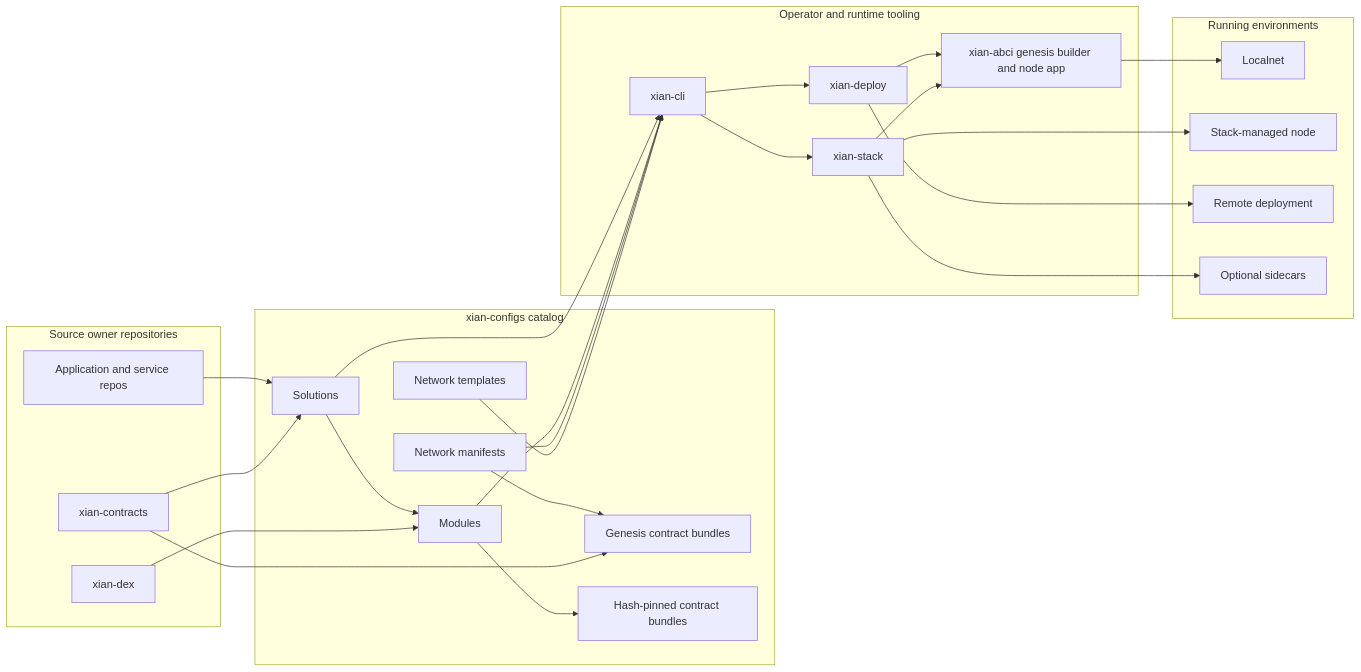
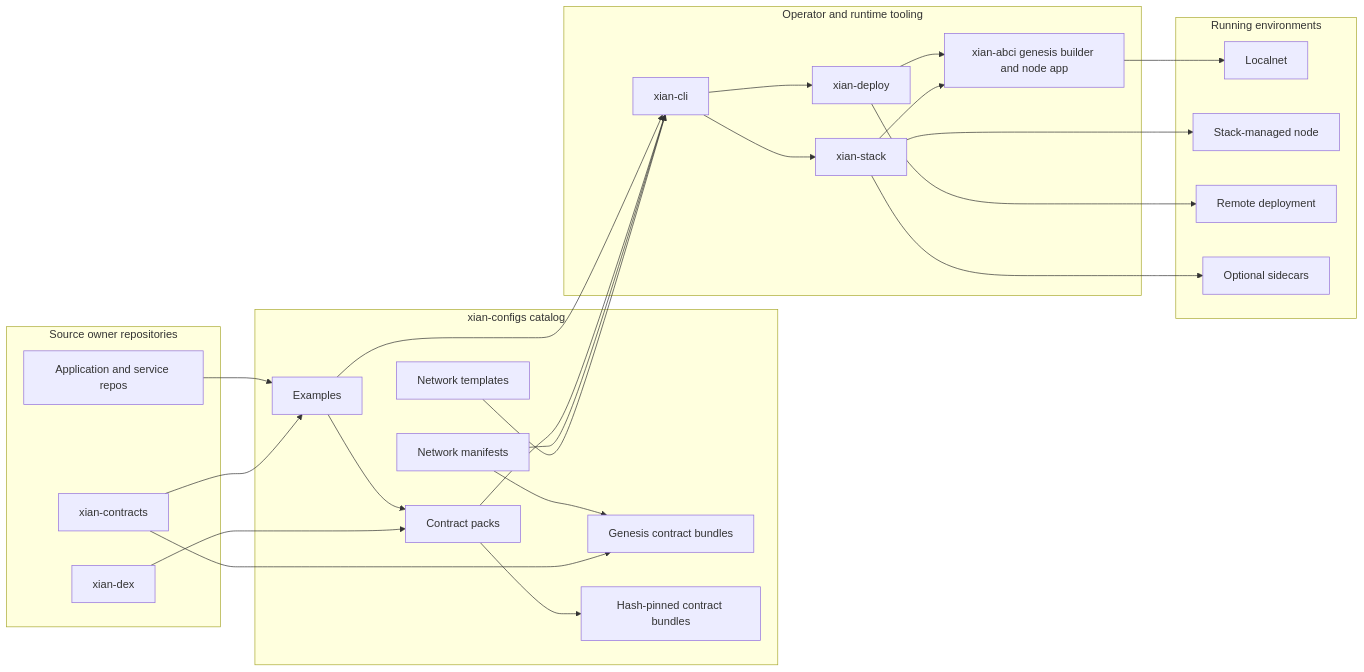
The first of 2 diagrams in introduction/architecture-overview.md (xian-technology/xian-docs-web), drawn with Mermaid before and after one commit. The commit also changed other lines of this file and 30 other files, not shown here.

First line of the commit message:
Reorganize docs around contract packs, examples, and taxonomy

````diff
--- a/introduction/architecture-overview.md
+++ b/introduction/architecture-overview.md
@@ -25,51 +25,51 @@
 ```mermaid
 flowchart LR
   subgraph Source["Source owner repositories"]
     DexRepo["xian-dex"]
     ContractsRepo["xian-contracts"]
     AppRepos["Application and service repos"]
   end
 
   subgraph Catalog["xian-configs catalog"]
     Networks["Network manifests"]
     Templates["Network templates"]
     Genesis["Genesis contract bundles"]
-    Modules["Modules"]
-    Solutions["Solutions"]
+    ContractPacks["Contract packs"]
+    Examples["Examples"]
     Bundles["Hash-pinned contract bundles"]
   end
 
   subgraph Tooling["Operator and runtime tooling"]
     CLI["xian-cli"]
     Stack["xian-stack"]
     Deploy["xian-deploy"]
     ABCI["xian-abci genesis builder and node app"]
   end
 
   subgraph Runtime["Running environments"]
     Localnet["Localnet"]
     Node["Stack-managed node"]
     Remote["Remote deployment"]
     Sidecars["Optional sidecars"]
   end
 
-  DexRepo --> Modules
+  DexRepo --> ContractPacks
   ContractsRepo --> Genesis
-  ContractsRepo --> Solutions
-  AppRepos --> Solutions
-  Modules --> Bundles
-  Solutions --> Modules
+  ContractsRepo --> Examples
+  AppRepos --> Examples
+  ContractPacks --> Bundles
+  Examples --> ContractPacks
   Networks --> Genesis
   Templates --> CLI
   Networks --> CLI
-  Modules --> CLI
-  Solutions --> CLI
+  ContractPacks --> CLI
+  Examples --> CLI
   CLI --> Stack
   CLI --> Deploy
   Stack --> ABCI
   Deploy --> ABCI
   ABCI --> Localnet
   Stack --> Node
   Stack --> Sidecars
   Deploy --> Remote
 ```
````
